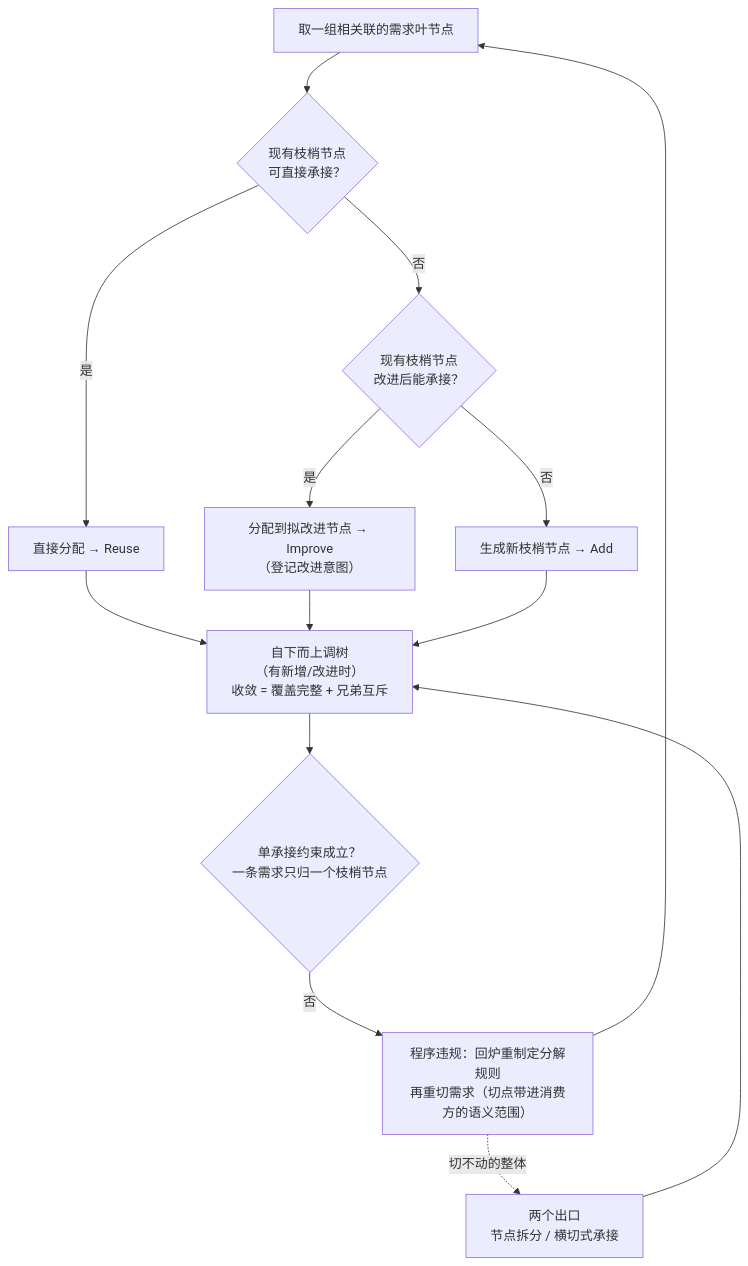
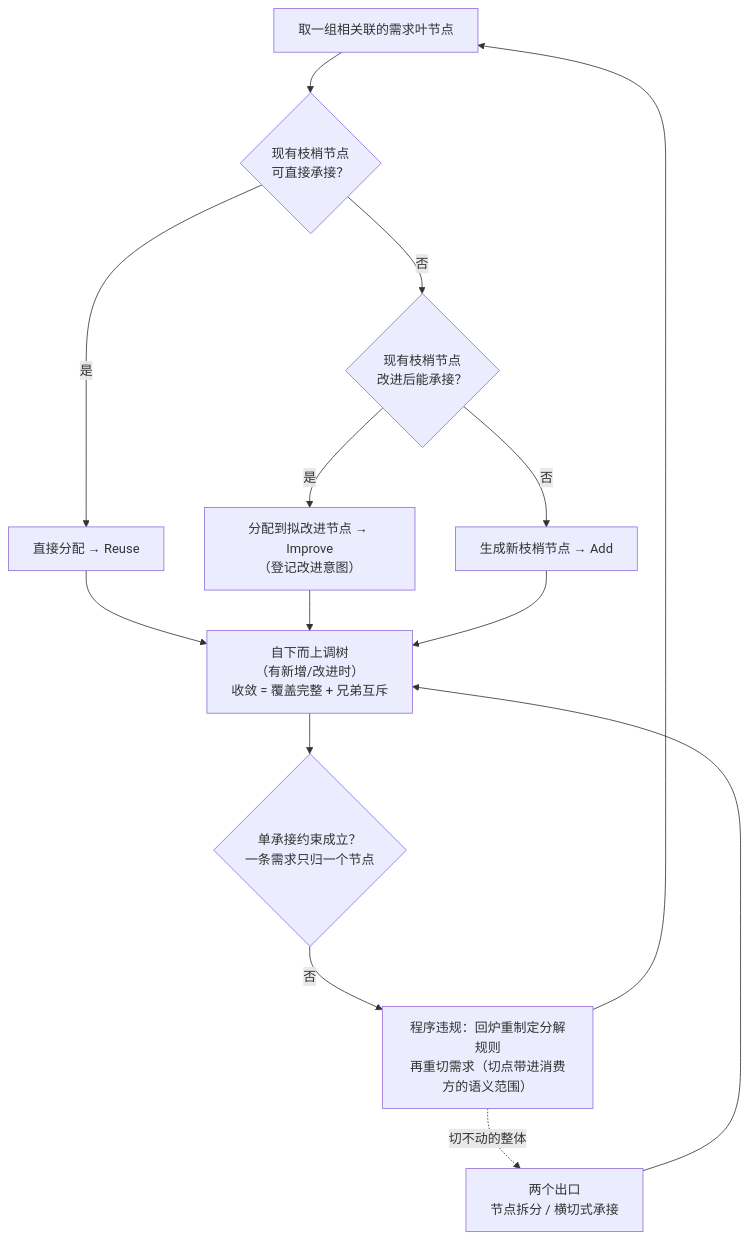
One commit to Yongjunzhou/AOS-system-design changed the third of 4 diagrams in 100-subprojects/01-系统工程研究/00-系统工程相关研究报告/20-设计与开发落地方法研究报告—需求与方案结对开发.md. Above: the diagram before and after it, drawn with Mermaid. The commit also changed other lines of this file and 4 other files, not shown here.

````diff
--- a/100-subprojects/01-系统工程研究/00-系统工程相关研究报告/20-设计与开发落地方法研究报告—需求与方案结对开发.md
+++ b/100-subprojects/01-系统工程研究/00-系统工程相关研究报告/20-设计与开发落地方法研究报告—需求与方案结对开发.md
@@ -253,16 +335,16 @@
 ```mermaid
 flowchart TD
     A["取一组相关联的需求叶节点"] --> B{"现有枝梢节点<br/>可直接承接？"}
     B -- 是 --> C["直接分配 → Reuse"]
     B -- 否 --> D{"现有枝梢节点<br/>改进后能承接？"}
     D -- 是 --> E["分配到拟改进节点 → Improve<br/>（登记改进意图）"]
     D -- 否 --> F["生成新枝梢节点 → Add"]
     C --> G["自下而上调树<br/>（有新增/改进时）<br/>收敛 = 覆盖完整 + 兄弟互斥"]
     E --> G
     F --> G
-    G --> H{"单承接约束成立？<br/>一条需求只归一个枝梢节点"}
+    G --> H{"单承接约束成立？<br/>一条需求只归一个节点"}
     H -- 否 --> I["程序违规：回炉重制定分解规则<br/>再重切需求（切点带进消费方的语义范围）"]
     I --> A
     I -.->|"切不动的整体"| K["两个出口<br/>节点拆分 / 横切式承接"]
     K --> G
 ```
````
